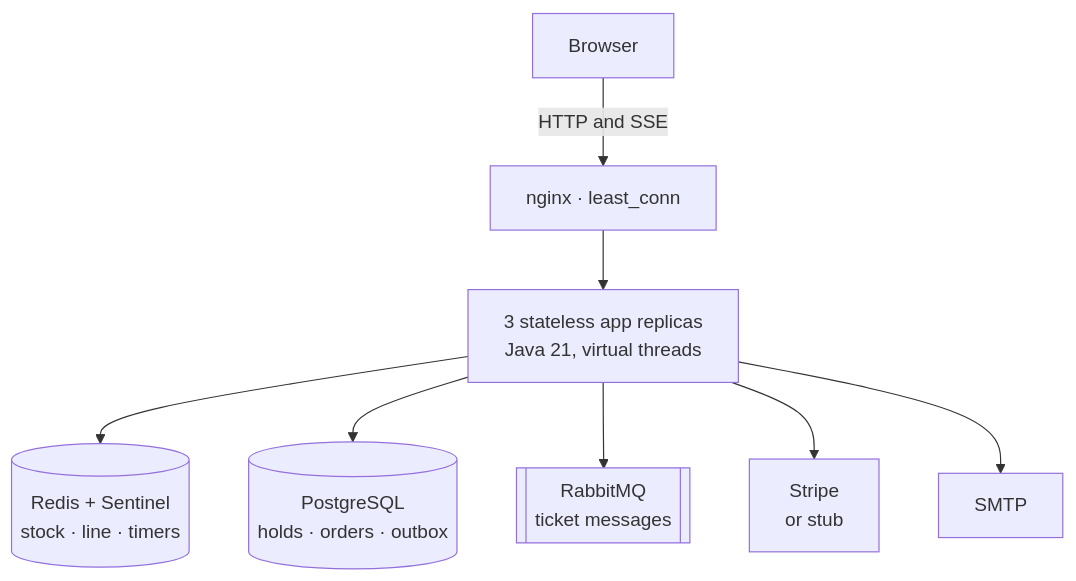
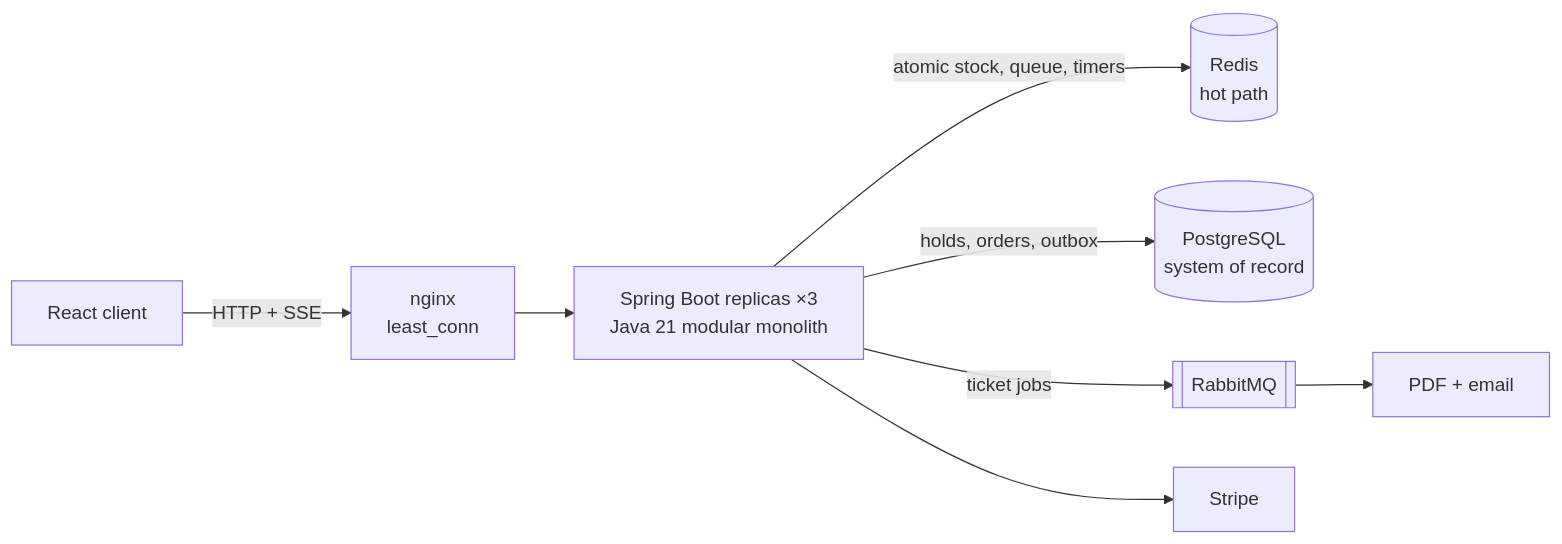
Before and after one commit to eshedhayoun/FlashSeats: the diagram in README.md, drawn with Mermaid. The commit also changed other lines of this file and 2 other files, not shown here.

````diff
--- a/README.md
+++ b/README.md
@@ -52,10 +34,10 @@
 ```mermaid
-flowchart TB
-    browser["Browser"] -->|HTTP and SSE| nginx["nginx · least_conn"]
-    nginx --> apps["3 stateless app replicas<br/>Java 21, virtual threads"]
-    apps --> redis[("Redis + Sentinel<br/>stock · line · timers")]
-    apps --> postgres[("PostgreSQL<br/>holds · orders · outbox")]
-    apps --> rabbit[["RabbitMQ<br/>ticket messages"]]
-    apps --> stripe["Stripe<br/>or stub"]
-    apps --> smtp["SMTP"]
+flowchart LR
+    client["React client"] -->|HTTP + SSE| nginx["nginx<br/>least_conn"]
+    nginx --> app["Spring Boot replicas ×3<br/>Java 21 modular monolith"]
+    app -->|atomic stock, queue, timers| redis[("Redis<br/>hot path")]
+    app -->|holds, orders, outbox| pg[("PostgreSQL<br/>system of record")]
+    app -->|ticket jobs| mq[["RabbitMQ"]]
+    mq --> mail["PDF + email"]
+    app --> pay["Stripe"]
 ```
````
